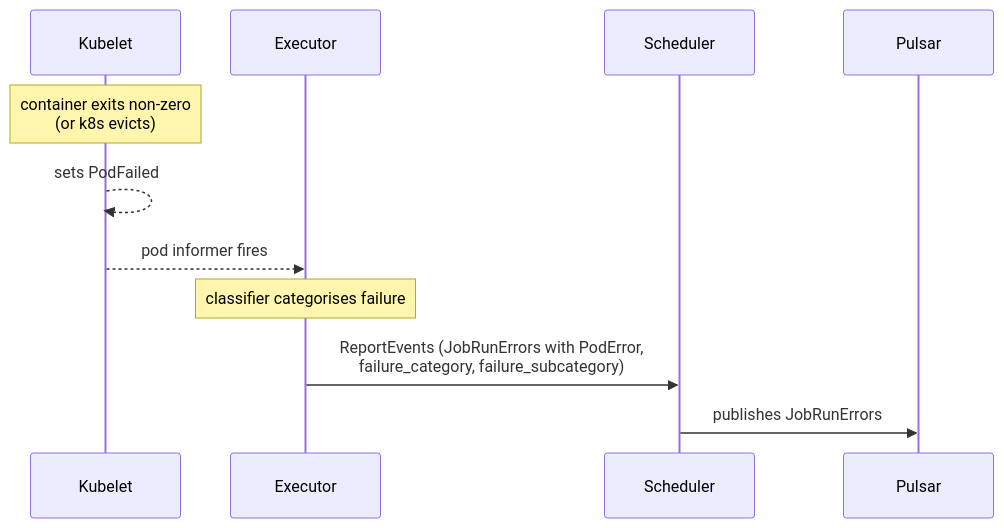
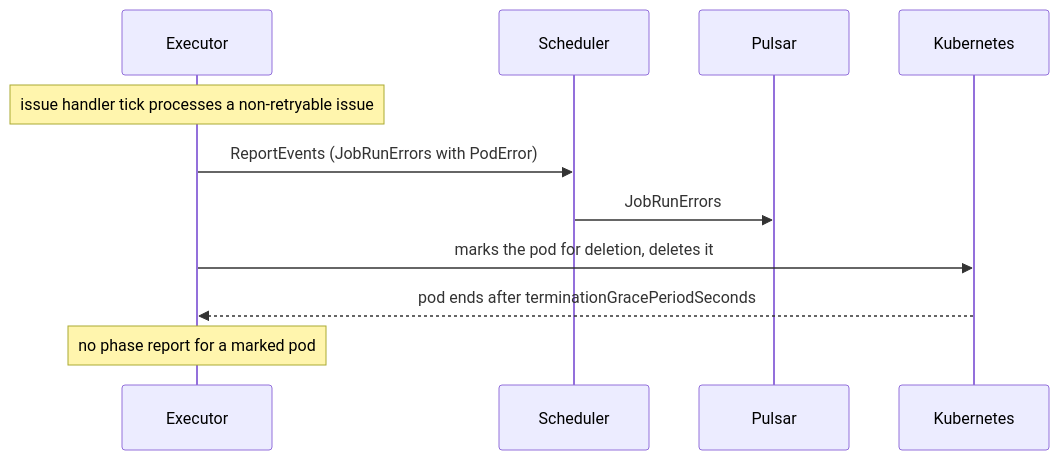
Before and after one commit to armadaproject/armada: the sixth of 11 diagrams in docs/developer/job-lifecycle-events.md, drawn with Mermaid. The commit also changed other lines of this file, not shown here.

Commit message:
Restructure the job lifecycle events doc for readers

````diff
--- a/docs/developer/job-lifecycle-events.md
+++ b/docs/developer/job-lifecycle-events.md
@@ -301,13 +415,13 @@
 ```mermaid
 sequenceDiagram
-    participant K as Kubelet
     participant E as Executor
     participant Sc as Scheduler
     participant P as Pulsar
-    Note over K: container exits non-zero<br/>(or k8s evicts)
-    K-->>K: sets PodFailed
-    K-->>E: pod informer fires
-    Note over E: classifier categorises failure
-    E->>Sc: ReportEvents (JobRunErrors with PodError,<br/>failure_category, failure_subcategory)
-    Sc->>P: publishes JobRunErrors
+    participant K as Kubernetes
+    Note over E: issue handler tick processes a non-retryable issue
+    E->>Sc: ReportEvents (JobRunErrors with PodError)
+    Sc->>P: JobRunErrors
+    E->>K: marks the pod for deletion, deletes it
+    K-->>E: pod ends after terminationGracePeriodSeconds
+    Note over E: no phase report for a marked pod
 ```
````
